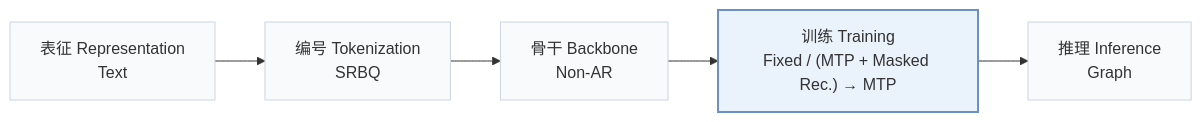
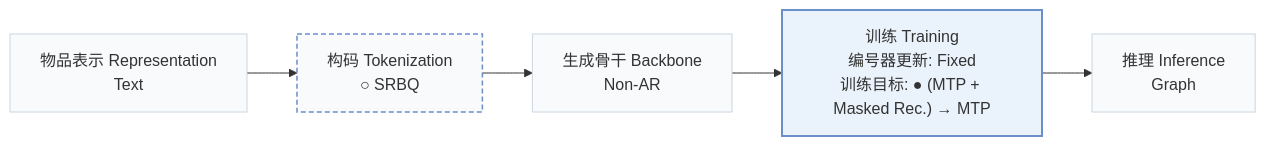
Before and after one commit to Galaxy-ghost/Awesome-SID-Generative-Rec: the first of 2 diagrams in pages/zh/papers/sahl.md, drawn with Mermaid. The commit also changed other lines of this file and 558 other files, not shown here.

````diff
--- a/pages/zh/papers/sahl.md
+++ b/pages/zh/papers/sahl.md
@@ -15,8 +18,10 @@
 ```mermaid
 flowchart LR
-    R["表征 Representation<br/>Text"] --> T["编号 Tokenization<br/>SRBQ"] --> B["骨干 Backbone<br/>Non-AR"] --> TR["训练 Training<br/>Fixed / (MTP + Masked Rec.) → MTP"] --> I["推理 Inference<br/>Graph"]
+    R["物品表示 Representation<br/>Text"] --> T["构码 Tokenization<br/>○ SRBQ"] --> B["生成骨干 Backbone<br/>Non-AR"] --> TR["训练 Training<br/>编号器更新: Fixed<br/>训练目标: ● (MTP + Masked Rec.) → MTP"] --> I["推理 Inference<br/>Graph"]
     classDef base fill:#f8fafc,stroke:#cbd5e1
     class R,T,B,TR,I base
+    classDef other fill:#f8fafc,stroke:#6b8fc7,stroke-width:1.5px,stroke-dasharray:5 3
+    class T other
     classDef main fill:#eaf2fb,stroke:#6b8fc7,stroke-width:2px
     class TR main
 ```
````
